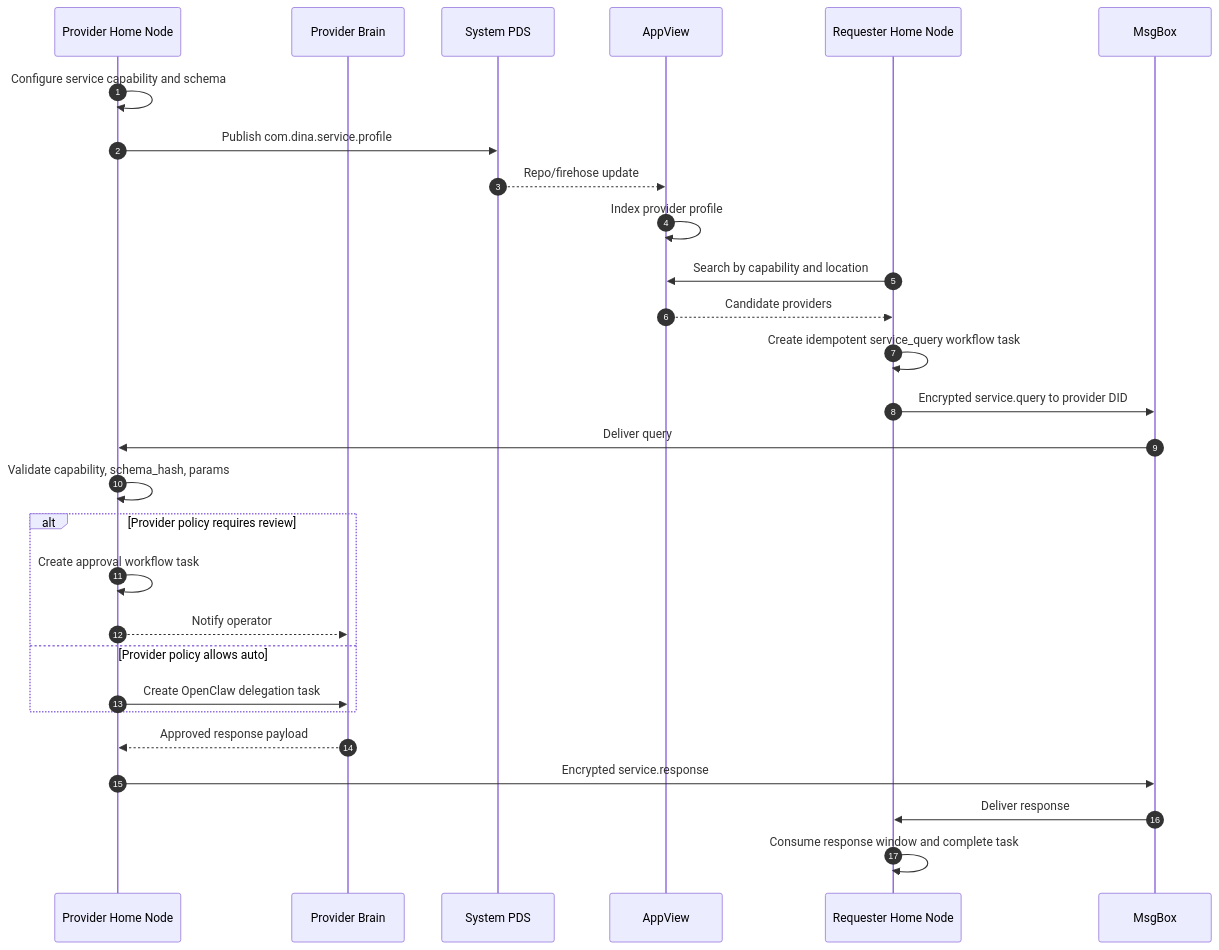
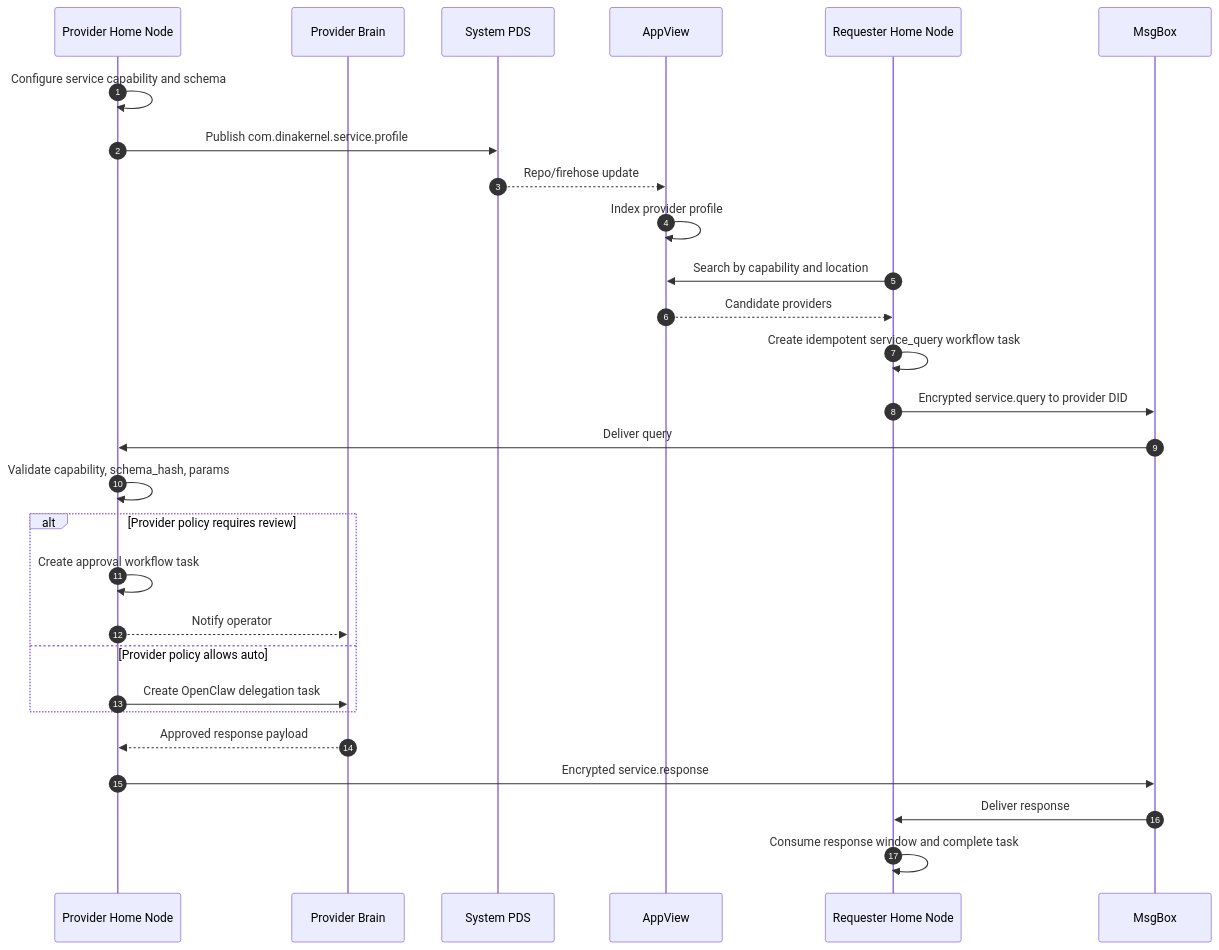
One commit to rajmohanutopai/dina changed diagram 12 of 13 in docs/SIMPLIFIED_ARCHITECTURE.md. Above: the diagram before and after it, drawn with Mermaid. The commit also changed 256 other files, not shown here.

````diff
--- a/docs/SIMPLIFIED_ARCHITECTURE.md
+++ b/docs/SIMPLIFIED_ARCHITECTURE.md
@@ -557,32 +557,32 @@
 ```mermaid
 sequenceDiagram
     autonumber
     participant Provider as Provider Home Node
     participant ProviderBrain as Provider Brain
     participant PDS as System PDS
     participant AppView as AppView
     participant Requester as Requester Home Node
     participant MsgBox as MsgBox
 
     Provider->>Provider: Configure service capability and schema
-    Provider->>PDS: Publish com.dina.service.profile
+    Provider->>PDS: Publish com.dinakernel.service.profile
     PDS-->>AppView: Repo/firehose update
     AppView->>AppView: Index provider profile
 
     Requester->>AppView: Search by capability and location
     AppView-->>Requester: Candidate providers
     Requester->>Requester: Create idempotent service_query workflow task
     Requester->>MsgBox: Encrypted service.query to provider DID
     MsgBox->>Provider: Deliver query
     Provider->>Provider: Validate capability, schema_hash, params
     alt Provider policy requires review
         Provider->>Provider: Create approval workflow task
         Provider-->>ProviderBrain: Notify operator
     else Provider policy allows auto
         Provider->>ProviderBrain: Create OpenClaw delegation task
     end
     ProviderBrain-->>Provider: Approved response payload
     Provider->>MsgBox: Encrypted service.response
     MsgBox->>Requester: Deliver response
     Requester->>Requester: Consume response window and complete task
 ```
````
